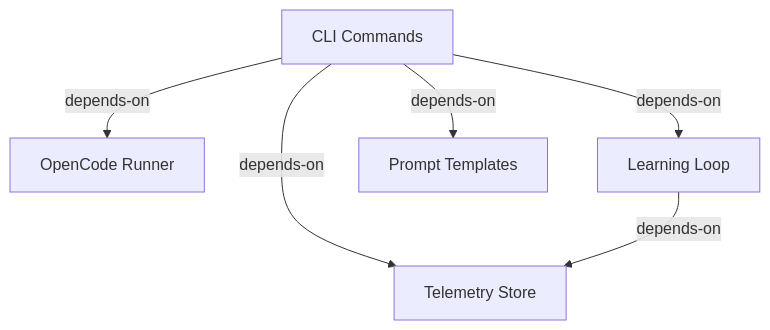
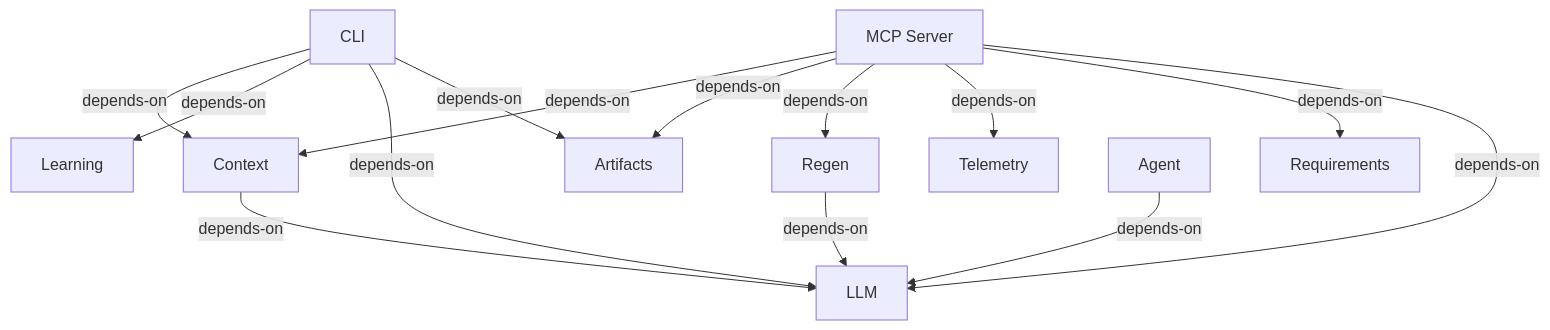
One commit to opn-arch/opencode-arch changed the diagram in docs/architecture/integration_flows.md. Above: the diagram before and after it, drawn with Mermaid. The commit also changed other lines of this file and 78 other files, not shown here.

````diff
--- a/docs/architecture/integration_flows.md
+++ b/docs/architecture/integration_flows.md
@@ -3,8 +3,16 @@
 ```mermaid
 flowchart TD
-  COMP-CLI[CLI Commands] -->|depends-on| COMP-RUNNER[OpenCode Runner]
-  COMP-CLI[CLI Commands] -->|depends-on| COMP-TELEMETRY[Telemetry Store]
-  COMP-CLI[CLI Commands] -->|depends-on| COMP-LEARNING[Learning Loop]
-  COMP-CLI[CLI Commands] -->|depends-on| COMP-PROMPTS[Prompt Templates]
-  COMP-LEARNING[Learning Loop] -->|depends-on| COMP-TELEMETRY[Telemetry Store]
+  COMP-MCP[MCP Server] -->|depends-on| COMP-CONTEXT[Context]
+  COMP-MCP[MCP Server] -->|depends-on| COMP-ARTIFACTS[Artifacts]
+  COMP-MCP[MCP Server] -->|depends-on| COMP-REGEN[Regen]
+  COMP-MCP[MCP Server] -->|depends-on| COMP-TELEMETRY[Telemetry]
+  COMP-MCP[MCP Server] -->|depends-on| COMP-REQUIREMENTS[Requirements]
+  COMP-CLI[CLI] -->|depends-on| COMP-CONTEXT[Context]
+  COMP-CLI[CLI] -->|depends-on| COMP-LEARNING[Learning]
+  COMP-CLI[CLI] -->|depends-on| COMP-LLM[LLM]
+  COMP-CLI[CLI] -->|depends-on| COMP-ARTIFACTS[Artifacts]
+  COMP-CONTEXT[Context] -->|depends-on| COMP-LLM[LLM]
+  COMP-REGEN[Regen] -->|depends-on| COMP-LLM[LLM]
+  COMP-AGENT[Agent] -->|depends-on| COMP-LLM[LLM]
+  COMP-MCP[MCP Server] -->|depends-on| COMP-LLM[LLM]
 ```
````
